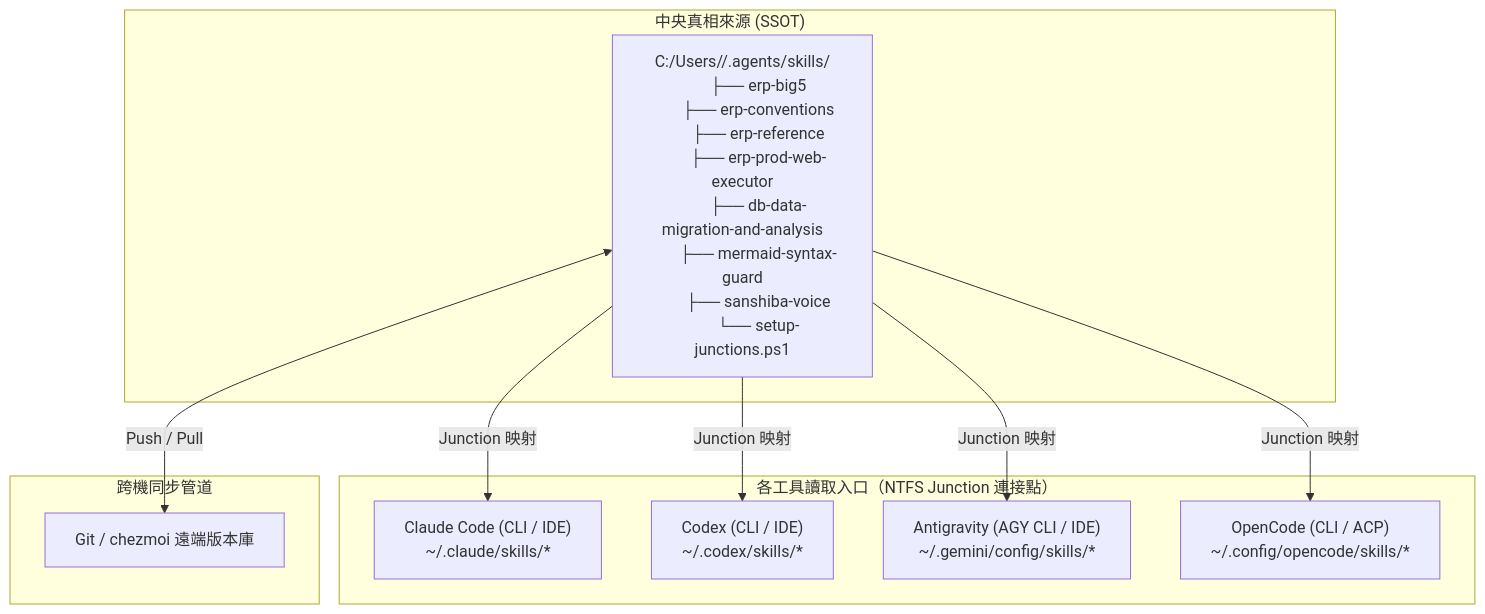
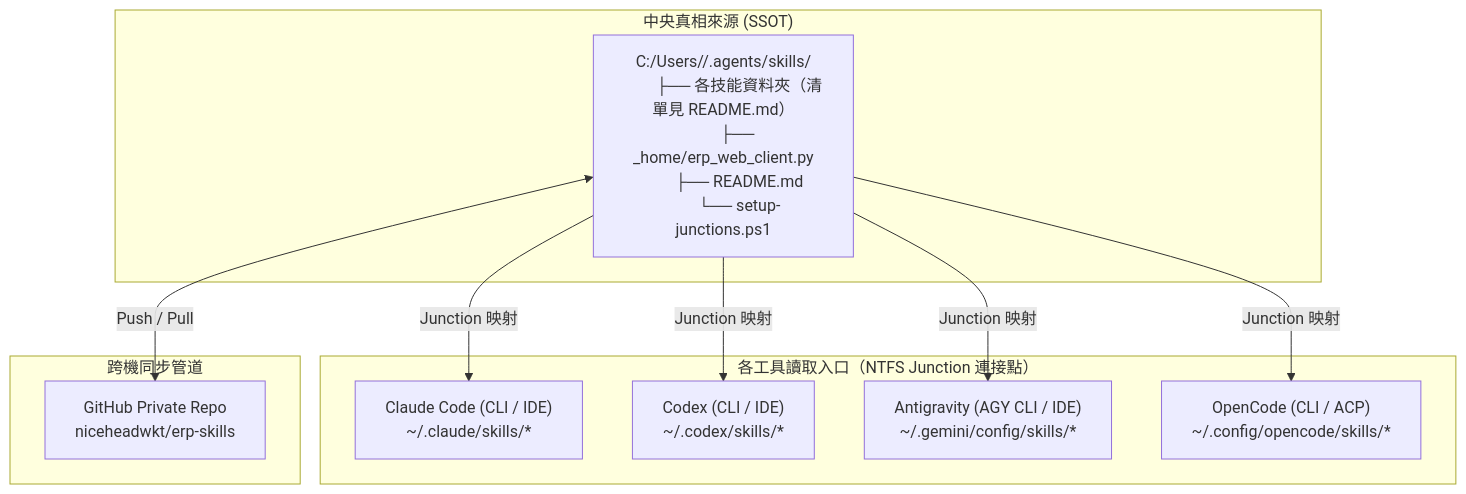
The diagram in AI/raw/CROSS_AGENT_SKILLS_SHARING_PLAN.md (niceheadwkt/Obsidian), drawn with Mermaid before and after one commit. The commit also changed other lines of this file and 11 other files, not shown here.

````diff
--- a/AI/raw/CROSS_AGENT_SKILLS_SHARING_PLAN.md
+++ b/AI/raw/CROSS_AGENT_SKILLS_SHARING_PLAN.md
@@ -73,36 +74,32 @@
 ```mermaid
 flowchart TD
     subgraph Central["中央真相來源 (SSOT)"]
         CentralRepo["C:/Users/<User>/.agents/skills/
-        ├── erp-big5
-        ├── erp-conventions
-        ├── erp-reference
-        ├── erp-prod-web-executor
-        ├── db-data-migration-and-analysis
-        ├── mermaid-syntax-guard
-        ├── sanshiba-voice
+        ├── 各技能資料夾（清單見 README.md）
+        ├── _home/erp_web_client.py
+        ├── README.md
         └── setup-junctions.ps1"]
     end
 
     subgraph Clients["各工具讀取入口（NTFS Junction 連接點）"]
         Claude["Claude Code (CLI / IDE)
         ~/.claude/skills/*"]
         Codex["Codex (CLI / IDE)
         ~/.codex/skills/*"]
         Gemini["Antigravity (AGY CLI / IDE)
         ~/.gemini/config/skills/*"]
         OpenCode["OpenCode (CLI / ACP)
         ~/.config/opencode/skills/*"]
     end
 
     subgraph Remote["跨機同步管道"]
-        GitRepo["Git / chezmoi 遠端版本庫"]
+        GitRepo["GitHub Private Repo<br>niceheadwkt/erp-skills"]
     end
 
     CentralRepo -->|Junction 映射| Claude
     CentralRepo -->|Junction 映射| Codex
     CentralRepo -->|Junction 映射| Gemini
     CentralRepo -->|Junction 映射| OpenCode
 
     CentralRepo <-->|Push / Pull| GitRepo
 ```
````
